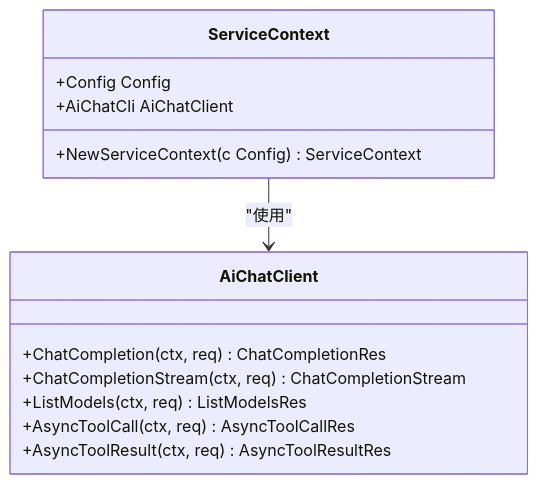
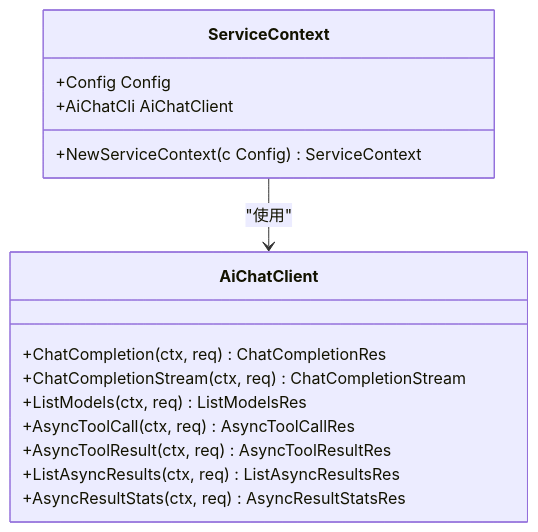
One commit to maomao94/zero-service changed the third of 36 diagrams in .qoder/repowiki/zh/content/Aigtw Gateway Service.md. Above: the diagram before and after it, drawn with Mermaid. The commit also changed other lines of this file and 58 other files, not shown here.

````diff
--- a/.qoder/repowiki/zh/content/Aigtw Gateway Service.md
+++ b/.qoder/repowiki/zh/content/Aigtw Gateway Service.md
@@ -161,16 +211,18 @@
 ```mermaid
 classDiagram
 class ServiceContext {
 +Config Config
 +AiChatCli AiChatClient
 +NewServiceContext(c Config) ServiceContext
 }
 class AiChatClient {
 +ChatCompletion(ctx, req) ChatCompletionRes
 +ChatCompletionStream(ctx, req) ChatCompletionStream
 +ListModels(ctx, req) ListModelsRes
 +AsyncToolCall(ctx, req) AsyncToolCallRes
 +AsyncToolResult(ctx, req) AsyncToolResultRes
++ListAsyncResults(ctx, req) ListAsyncResultsRes
++AsyncResultStats(ctx, req) AsyncResultStatsRes
 }
 ServiceContext --> AiChatClient : "使用"
 ```
````
